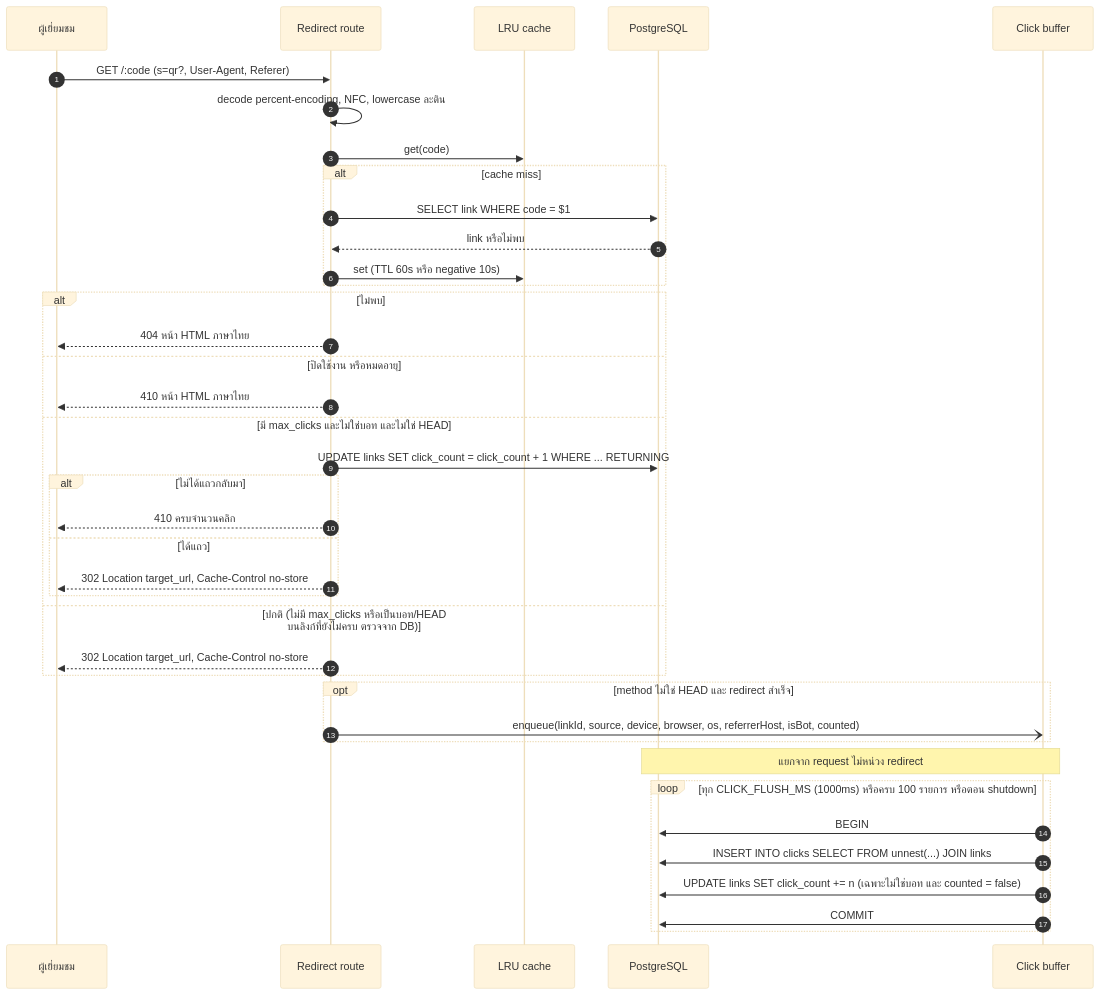
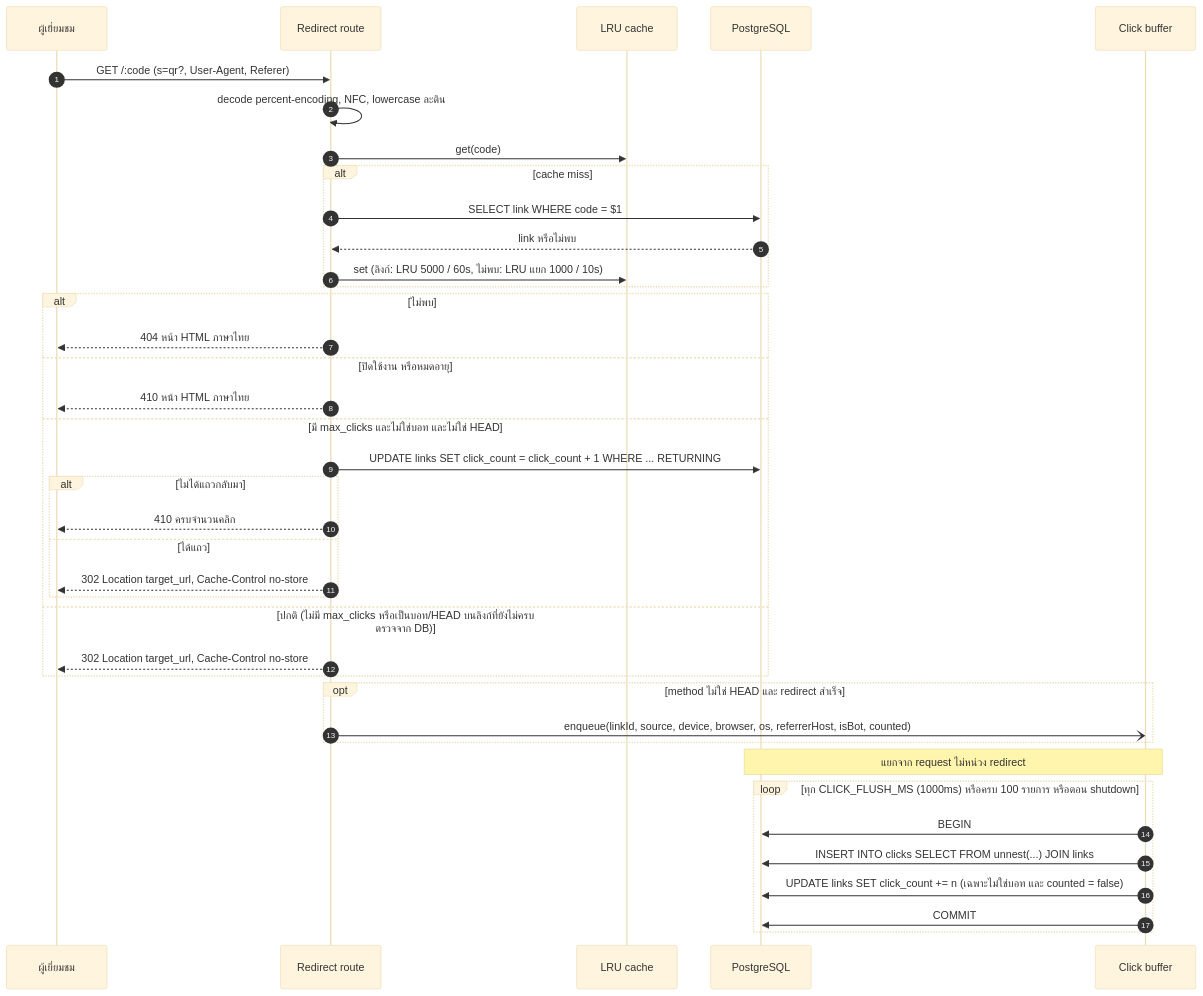
The third of 4 diagrams in docs/ARCHITECTURE.md (thirawat-khunsi/pulse-link), drawn with Mermaid (base theme) before and after one commit. The commit also changed other lines of this file and 9 other files, not shown here.

````diff
--- a/docs/ARCHITECTURE.md
+++ b/docs/ARCHITECTURE.md
@@ -104,43 +104,43 @@
 ```mermaid
 sequenceDiagram
     autonumber
     participant V as ผู้เยี่ยมชม
     participant R as Redirect route
     participant C as LRU cache
     participant DB as PostgreSQL
     participant B as Click buffer
 
     V->>R: GET /:code (s=qr?, User-Agent, Referer)
     R->>R: decode percent-encoding, NFC, lowercase ละติน
     R->>C: get(code)
     alt cache miss
         R->>DB: SELECT link WHERE code = $1
         DB-->>R: link หรือไม่พบ
-        R->>C: set (TTL 60s หรือ negative 10s)
+        R->>C: set (ลิงก์: LRU 5000 / 60s, ไม่พบ: LRU แยก 1000 / 10s)
     end
     alt ไม่พบ
         R-->>V: 404 หน้า HTML ภาษาไทย
     else ปิดใช้งาน หรือหมดอายุ
         R-->>V: 410 หน้า HTML ภาษาไทย
     else มี max_clicks และไม่ใช่บอท และไม่ใช่ HEAD
         R->>DB: UPDATE links SET click_count = click_count + 1 WHERE ... RETURNING
         alt ไม่ได้แถวกลับมา
             R-->>V: 410 ครบจำนวนคลิก
         else ได้แถว
             R-->>V: 302 Location target_url, Cache-Control no-store
         end
     else ปกติ (ไม่มี max_clicks หรือเป็นบอท/HEAD บนลิงก์ที่ยังไม่ครบ ตรวจจาก DB)
         R-->>V: 302 Location target_url, Cache-Control no-store
     end
     opt method ไม่ใช่ HEAD และ redirect สำเร็จ
         R-)B: enqueue(linkId, source, device, browser, os, referrerHost, isBot, counted)
     end
 
     Note over B,DB: แยกจาก request ไม่หน่วง redirect
     loop ทุก CLICK_FLUSH_MS (1000ms) หรือครบ 100 รายการ หรือตอน shutdown
         B->>DB: BEGIN
         B->>DB: INSERT INTO clicks SELECT FROM unnest(...) JOIN links
         B->>DB: UPDATE links SET click_count += n (เฉพาะไม่ใช่บอท และ counted = false)
         B->>DB: COMMIT
     end
 ```
````
